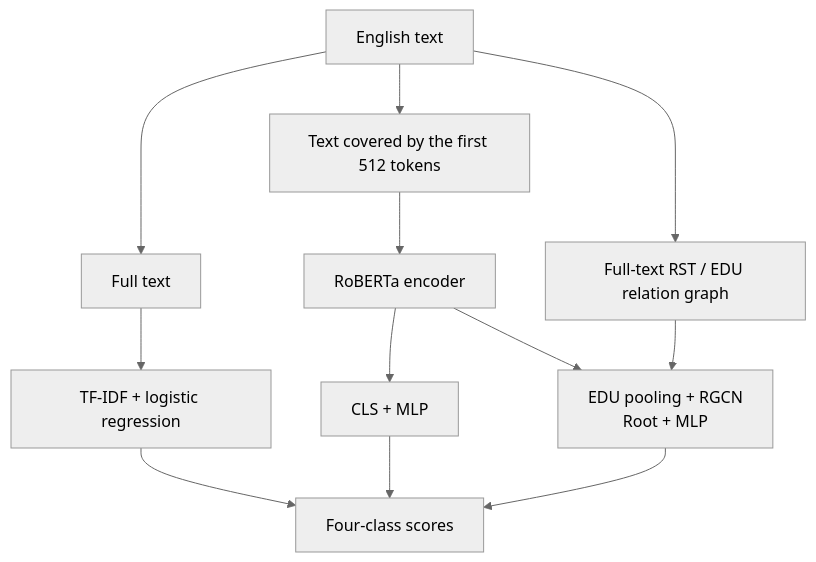
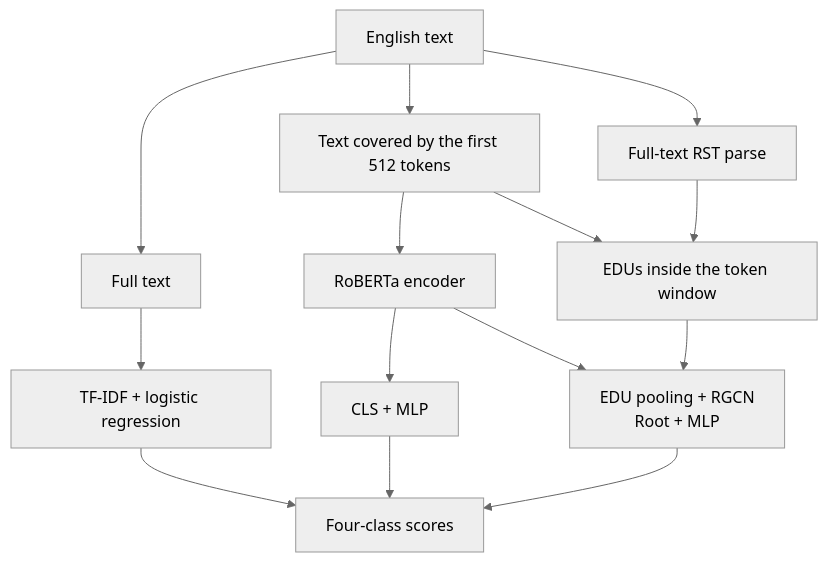
The diagram in README.md (Realsbt/ee6405-nlp-project), drawn with Mermaid (neutral theme) before and after one commit. The commit also changed other lines of this file and 1 other file, not shown here.

Commit message:
Correct the RACE graph scope in the pipeline diagram
The diagram claimed a full-text RST/EDU relation graph. The RST parse does
cover the whole document, but the graph only keeps EDUs inside the
512-token lexical window, because EDU features come from the encoder. On
a 9,000-character document the parser returns 179 EDUs and the graph keeps
57.

````diff
--- a/README.md
+++ b/README.md
@@ -50,14 +50,16 @@
 ```mermaid
 flowchart TB
     T["English text"] --> V["Text covered by the first 512 tokens"]
     T --> W["Full text"]
     W --> F["TF-IDF + logistic regression"]
     V --> B["RoBERTa encoder"]
     B --> C["CLS + MLP"]
-    T --> G["Full-text RST / EDU relation graph"]
+    T --> G["Full-text RST parse"]
+    V --> E["EDUs inside the token window"]
+    G --> E
     B --> R["EDU pooling + RGCN<br/>Root + MLP"]
-    G --> R
+    E --> R
     F --> Y["Four-class scores"]
     C --> Y
     R --> Y
 ```
````
